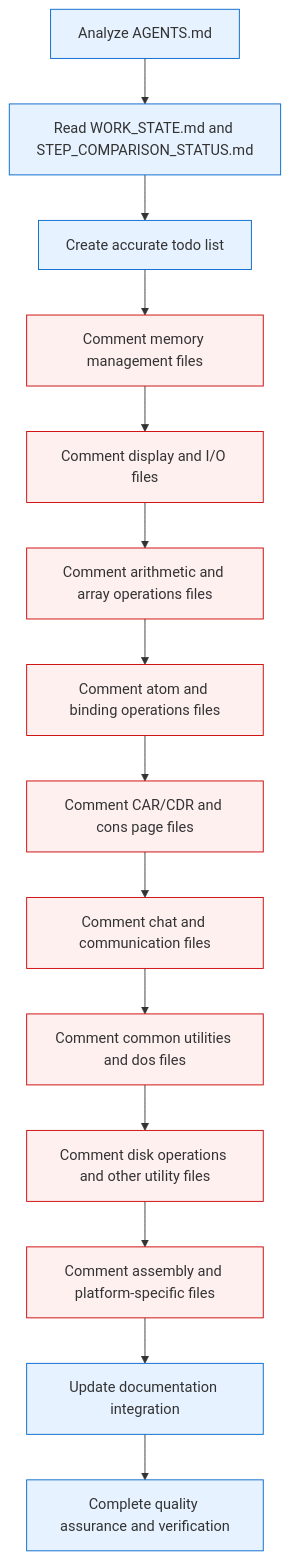
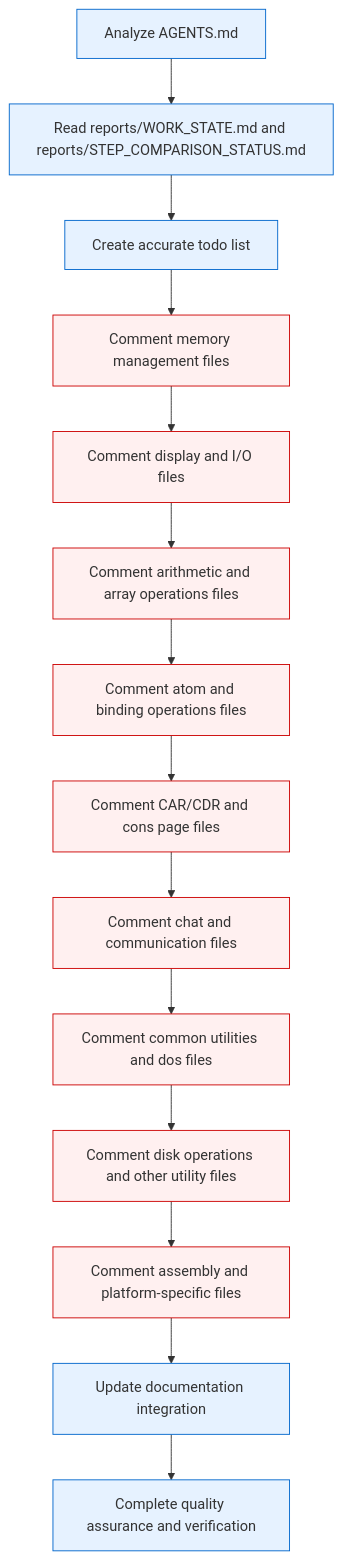
One commit to Emmanuel-R8/aikos changed the first of 4 diagrams in plans/commenting-c-codebase-diagram.md. Above: the diagram before and after it, drawn with Mermaid. The commit also changed 21 other files, not shown here.

````diff
--- a/plans/commenting-c-codebase-diagram.md
+++ b/plans/commenting-c-codebase-diagram.md
@@ -5,31 +5,31 @@
 ```mermaid
 graph TD
-    A[Analyze AGENTS.md] --> B[Read WORK_STATE.md and STEP_COMPARISON_STATUS.md]
+    A[Analyze AGENTS.md] --> B[Read reports/WORK_STATE.md and reports/STEP_COMPARISON_STATUS.md]
     B --> C[Create accurate todo list]
     C --> D[Comment memory management files]
     D --> E[Comment display and I/O files]
     E --> F[Comment arithmetic and array operations files]
     F --> G[Comment atom and binding operations files]
     G --> H[Comment CAR/CDR and cons page files]
     H --> I[Comment chat and communication files]
     I --> J[Comment common utilities and dos files]
     J --> K[Comment disk operations and other utility files]
     K --> L[Comment assembly and platform-specific files]
     L --> M[Update documentation integration]
     M --> N[Complete quality assurance and verification]
-    
+
     style A fill:#e6f2ff,stroke:#0066cc
     style B fill:#e6f2ff,stroke:#0066cc
     style C fill:#e6f2ff,stroke:#0066cc
     style D fill:#fff0f0,stroke:#cc0000
     style E fill:#fff0f0,stroke:#cc0000
     style F fill:#fff0f0,stroke:#cc0000
     style G fill:#fff0f0,stroke:#cc0000
     style H fill:#fff0f0,stroke:#cc0000
     style I fill:#fff0f0,stroke:#cc0000
     style J fill:#fff0f0,stroke:#cc0000
     style K fill:#fff0f0,stroke:#cc0000
     style L fill:#fff0f0,stroke:#cc0000
     style M fill:#e6f2ff,stroke:#0066cc
     style N fill:#e6f2ff,stroke:#0066cc
 ```
````
